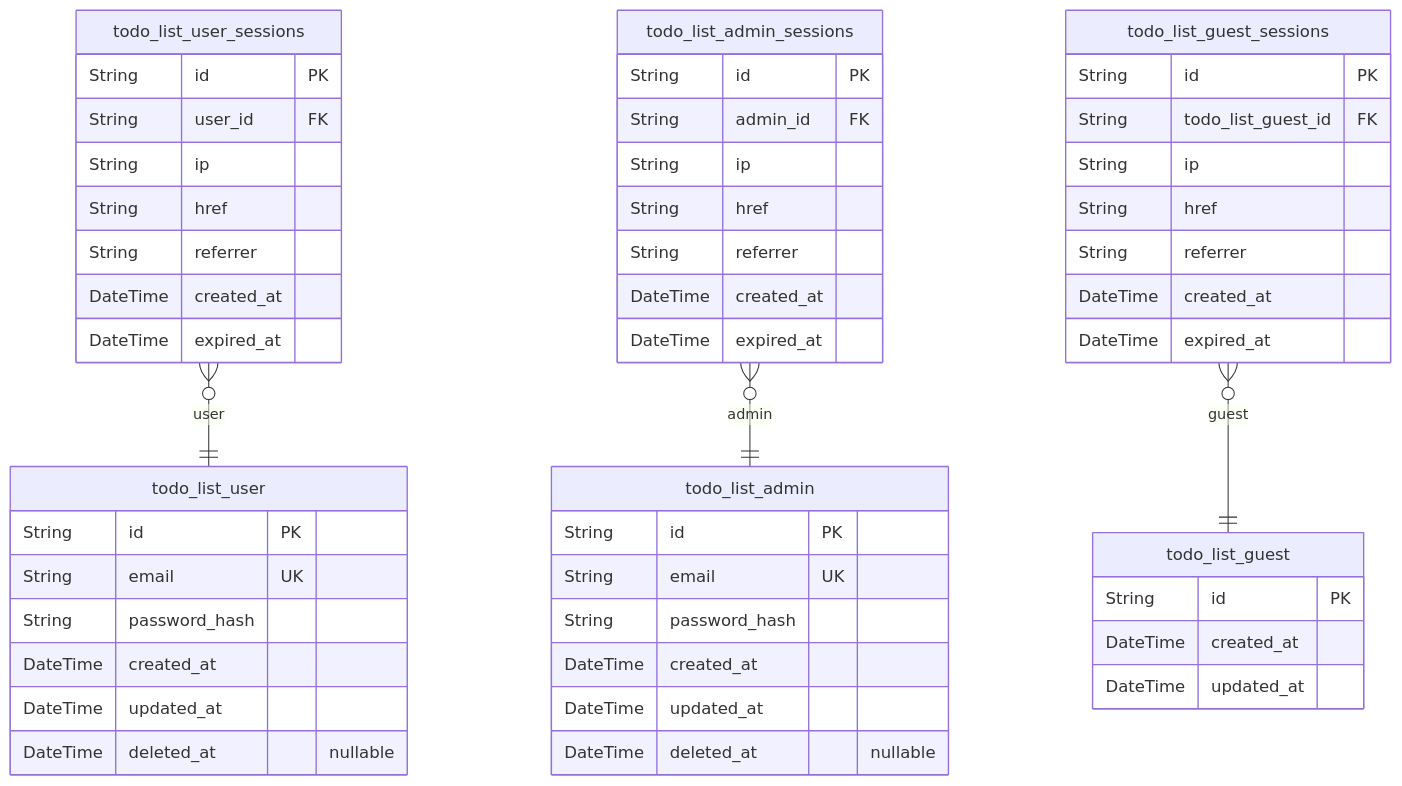
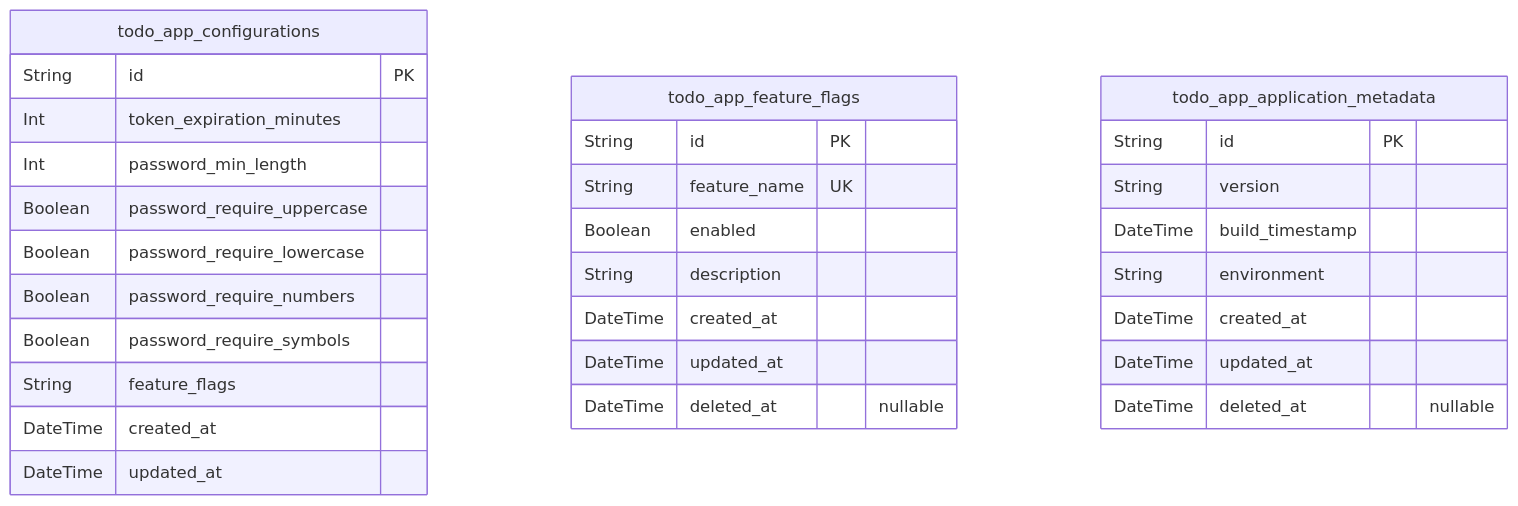
One commit to wrtnlabs/autobe-examples changed the second of 3 diagrams in qwen/qwen3-next-80b-a3b-instruct/todo/docs/ERD.md. Above: the diagram before and after it, drawn with Mermaid. The commit also changed other lines of this file and 4047 other files, not shown here.

````diff
--- a/qwen/qwen3-next-80b-a3b-instruct/todo/docs/ERD.md
+++ b/qwen/qwen3-next-80b-a3b-instruct/todo/docs/ERD.md
@@ -382,54 +372,33 @@
 ```mermaid
 erDiagram
-"todo_list_user" {
+"todo_app_configurations" {
   String id PK
-  String email UK
-  String password_hash
+  Int token_expiration_minutes
+  Int password_min_length
+  Boolean password_require_uppercase
+  Boolean password_require_lowercase
+  Boolean password_require_numbers
+  Boolean password_require_symbols
+  String feature_flags
+  DateTime created_at
+  DateTime updated_at
+}
+"todo_app_feature_flags" {
+  String id PK
+  String feature_name UK
+  Boolean enabled
+  String description
   DateTime created_at
   DateTime updated_at
   DateTime deleted_at "nullable"
 }
-"todo_list_guest" {
+"todo_app_application_metadata" {
   String id PK
-  DateTime created_at
-  DateTime updated_at
-}
-"todo_list_admin" {
-  String id PK
-  String email UK
-  String password_hash
+  String version
+  DateTime build_timestamp
+  String environment
   DateTime created_at
   DateTime updated_at
   DateTime deleted_at "nullable"
 }
-"todo_list_user_sessions" {
-  String id PK
-  String user_id FK
-  String ip
-  String href
-  String referrer
-  DateTime created_at
-  DateTime expired_at
-}
-"todo_list_admin_sessions" {
-  String id PK
-  String admin_id FK
-  String ip
-  String href
-  String referrer
-  DateTime created_at
-  DateTime expired_at
-}
-"todo_list_guest_sessions" {
-  String id PK
-  String todo_list_guest_id FK
-  String ip
-  String href
-  String referrer
-  DateTime created_at
-  DateTime expired_at
-}
-"todo_list_user_sessions" }o--|| "todo_list_user" : user
-"todo_list_admin_sessions" }o--|| "todo_list_admin" : admin
-"todo_list_guest_sessions" }o--|| "todo_list_guest" : guest
 ```
````
